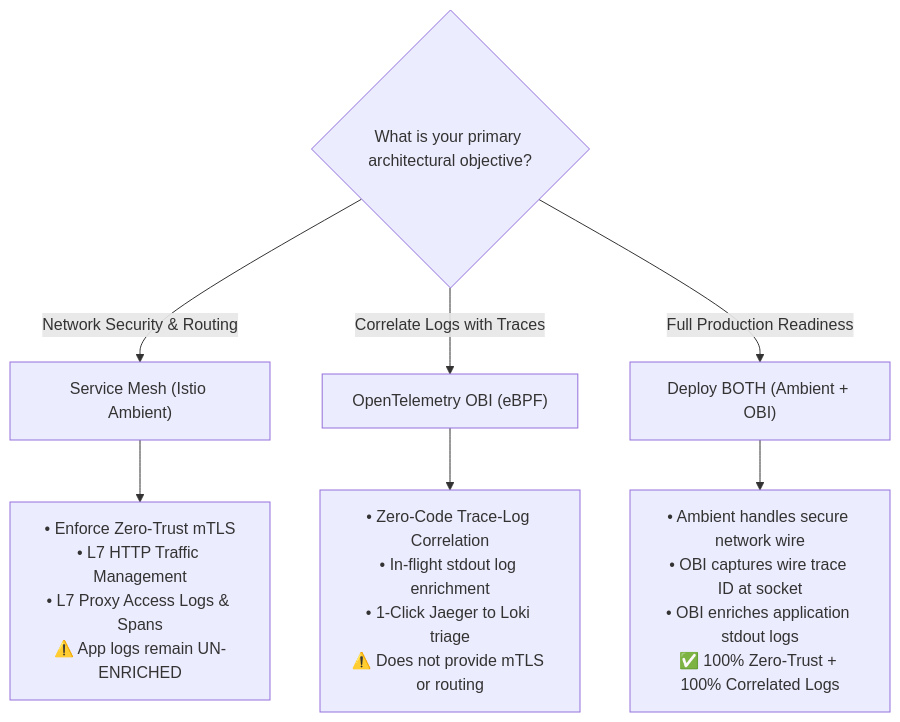
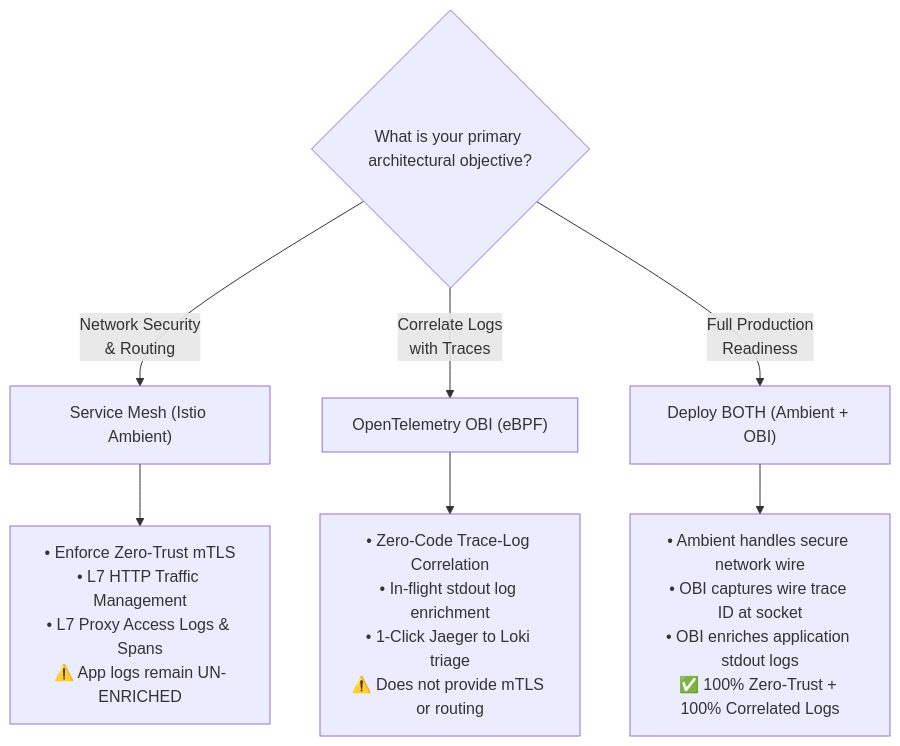
The second of 2 diagrams in docs/service-mesh-vs-ebpf-observability.md (nubenetes/obi-trace-log-correlation), drawn with Mermaid before and after one commit. The commit also changed other lines of this file and 4 other files, not shown here.

Commit message:
fix(docs): add line breaks to Mermaid edge labels to prevent text truncation in decision trees

````diff
--- a/docs/service-mesh-vs-ebpf-observability.md
+++ b/docs/service-mesh-vs-ebpf-observability.md
@@ -325,14 +325,14 @@
 ```mermaid
 flowchart TD
     Q1{"What is your primary architectural objective?"}
     
-    Q1 -->|Network Security & Routing| MeshPath["Service Mesh (Istio Ambient)"]
-    Q1 -->|Correlate Logs with Traces| OBIPath["OpenTelemetry OBI (eBPF)"]
-    Q1 -->|Full Production Readiness| BothPath["Deploy BOTH (Ambient + OBI)"]
+    Q1 -->|"Network Security<br/>& Routing"| MeshPath["Service Mesh (Istio Ambient)"]
+    Q1 -->|"Correlate Logs<br/>with Traces"| OBIPath["OpenTelemetry OBI (eBPF)"]
+    Q1 -->|"Full Production<br/>Readiness"| BothPath["Deploy BOTH (Ambient + OBI)"]
 
     MeshPath --> M1["• Enforce Zero-Trust mTLS\n• L7 HTTP Traffic Management\n• L7 Proxy Access Logs & Spans\n⚠️ App logs remain UN-ENRICHED"]
     
     OBIPath --> O1["• Zero-Code Trace-Log Correlation\n• In-flight stdout log enrichment\n• 1-Click Jaeger to Loki triage\n⚠️ Does not provide mTLS or routing"]
 
     BothPath --> B1["• Ambient handles secure network wire\n• OBI captures wire trace ID at socket\n• OBI enriches application stdout logs\n✅ 100% Zero-Trust + 100% Correlated Logs"]
 ```
````
